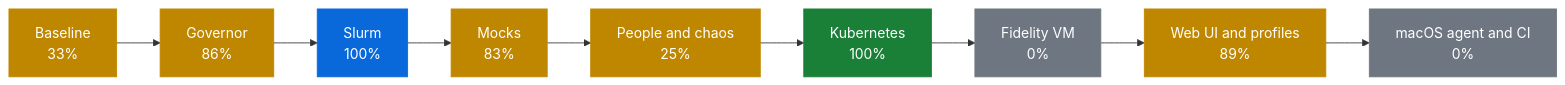
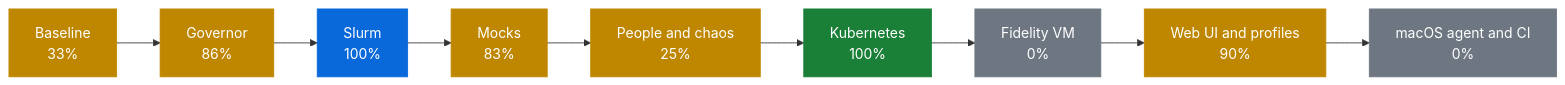
The first of 2 diagrams in docs/PROGRESS.md (AhmedYousriSobhi/workbench), drawn with Mermaid before and after one commit. The commit also changed other lines of this file and 31 other files, not shown here.

````diff
--- a/docs/PROGRESS.md
+++ b/docs/PROGRESS.md
@@ -10,17 +10,17 @@
 ```mermaid
 flowchart LR
     p0["Baseline<br/>33%"]:::partial
     p1["Governor<br/>86%"]:::partial
     p2["Slurm<br/>100%"]:::review
     p3["Mocks<br/>83%"]:::partial
     p4["People and chaos<br/>25%"]:::partial
     p5["Kubernetes<br/>100%"]:::done
     p6["Fidelity VM<br/>0%"]:::todo
-    p7["Web UI and profiles<br/>89%"]:::partial
+    p7["Web UI and profiles<br/>90%"]:::partial
     p8["macOS agent and CI<br/>0%"]:::todo
     p0 --> p1 --> p2 --> p3 --> p4 --> p5 --> p6 --> p7 --> p8
     classDef done fill:#1a7f37,stroke:#1a7f37,color:#fff
     classDef review fill:#0969da,stroke:#0969da,color:#fff
     classDef partial fill:#bf8700,stroke:#bf8700,color:#fff
     classDef todo fill:#6e7781,stroke:#6e7781,color:#fff
 ```
````
